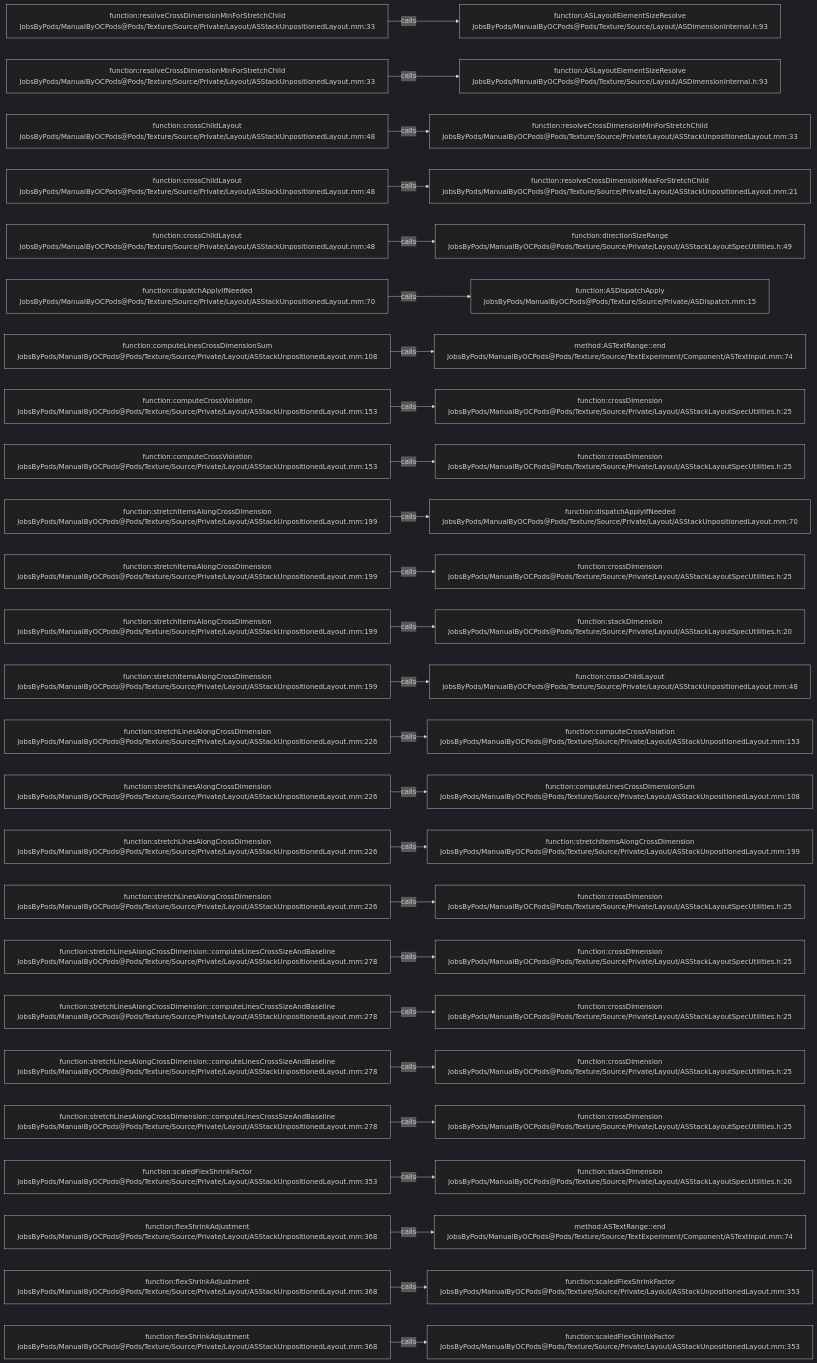
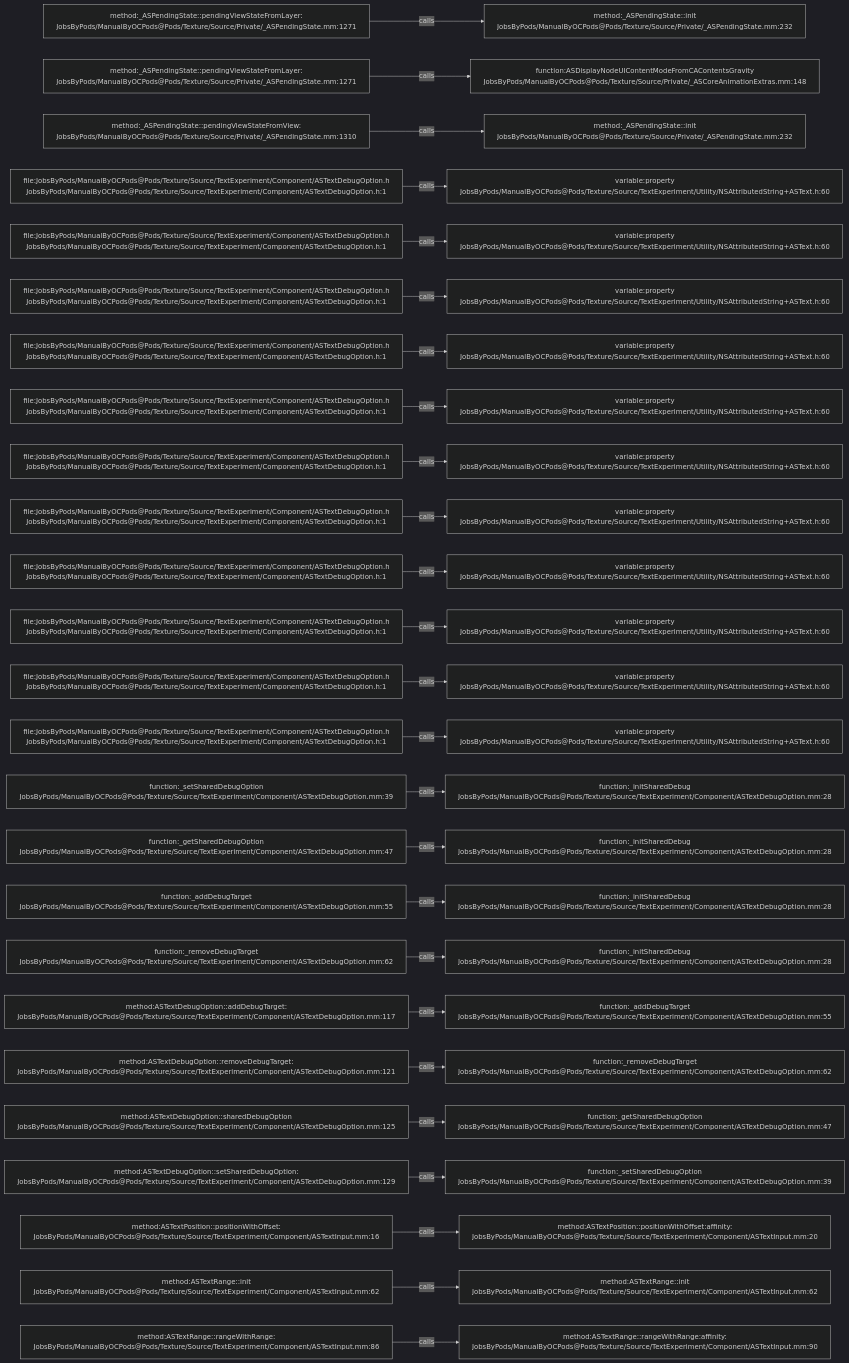
Before and after one commit to JobsKits/JobsOCBaseConfigDemo: the diagram in .codegraph/codegraph.md/graphs/calls-192.md, drawn with Mermaid (dark theme). The commit also changed 1448 other files, not shown here.

````diff
--- a/.codegraph/codegraph.md/graphs/calls-192.md
+++ b/.codegraph/codegraph.md/graphs/calls-192.md
@@ -13,78 +13,78 @@
 ```mermaid
 flowchart LR
-  S1["function:resolveCrossDimensionMinForStretchChild<br/>JobsByPods/ManualByOCPods@Pods/Texture/Source/Private/Layout/ASStackUnpositionedLayout.mm:33"]
-  T1["function:ASLayoutElementSizeResolve<br/>JobsByPods/ManualByOCPods@Pods/Texture/Source/Layout/ASDimensionInternal.h:93"]
+  S1["method:_ASPendingState::pendingViewStateFromLayer:<br/>JobsByPods/ManualByOCPods@Pods/Texture/Source/Private/_ASPendingState.mm:1271"]
+  T1["method:_ASPendingState::init<br/>JobsByPods/ManualByOCPods@Pods/Texture/Source/Private/_ASPendingState.mm:232"]
   S1 -->|calls| T1
-  S2["function:resolveCrossDimensionMinForStretchChild<br/>JobsByPods/ManualByOCPods@Pods/Texture/Source/Private/Layout/ASStackUnpositionedLayout.mm:33"]
-  T2["function:ASLayoutElementSizeResolve<br/>JobsByPods/ManualByOCPods@Pods/Texture/Source/Layout/ASDimensionInternal.h:93"]
+  S2["method:_ASPendingState::pendingViewStateFromLayer:<br/>JobsByPods/ManualByOCPods@Pods/Texture/Source/Private/_ASPendingState.mm:1271"]
+  T2["function:ASDisplayNodeUIContentModeFromCAContentsGravity<br/>JobsByPods/ManualByOCPods@Pods/Texture/Source/Private/_ASCoreAnimationExtras.mm:148"]
   S2 -->|calls| T2
-  S3["function:crossChildLayout<br/>JobsByPods/ManualByOCPods@Pods/Texture/Source/Private/Layout/ASStackUnpositionedLayout.mm:48"]
-  T3["function:resolveCrossDimensionMinForStretchChild<br/>JobsByPods/ManualByOCPods@Pods/Texture/Source/Private/Layout/ASStackUnpositionedLayout.mm:33"]
+  S3["method:_ASPendingState::pendingViewStateFromView:<br/>JobsByPods/ManualByOCPods@Pods/Texture/Source/Private/_ASPendingState.mm:1310"]
+  T3["method:_ASPendingState::init<br/>JobsByPods/ManualByOCPods@Pods/Texture/Source/Private/_ASPendingState.mm:232"]
   S3 -->|calls| T3
-  S4["function:crossChildLayout<br/>JobsByPods/ManualByOCPods@Pods/Texture/Source/Private/Layout/ASStackUnpositionedLayout.mm:48"]
-  T4["function:resolveCrossDimensionMaxForStretchChild<br/>JobsByPods/ManualByOCPods@Pods/Texture/Source/Private/Layout/ASStackUnpositionedLayout.mm:21"]
+  S4["file:JobsByPods/ManualByOCPods@Pods/Texture/Source/TextExperiment/Component/ASTextDebugOption.h<br/>JobsByPods/ManualByOCPods@Pods/Texture/Source/TextExperiment/Component/ASTextDebugOption.h:1"]
+  T4["variable:property<br/>JobsByPods/ManualByOCPods@Pods/Texture/Source/TextExperiment/Utility/NSAttributedString+ASText.h:60"]
   S4 -->|calls| T4
-  S5["function:crossChildLayout<br/>JobsByPods/ManualByOCPods@Pods/Texture/Source/Private/Layout/ASStackUnpositionedLayout.mm:48"]
-  T5["function:directionSizeRange<br/>JobsByPods/ManualByOCPods@Pods/Texture/Source/Private/Layout/ASStackLayoutSpecUtilities.h:49"]
+  S5["file:JobsByPods/ManualByOCPods@Pods/Texture/Source/TextExperiment/Component/ASTextDebugOption.h<br/>JobsByPods/ManualByOCPods@Pods/Texture/Source/TextExperiment/Component/ASTextDebugOption.h:1"]
+  T5["variable:property<br/>JobsByPods/ManualByOCPods@Pods/Texture/Source/TextExperiment/Utility/NSAttributedString+ASText.h:60"]
   S5 -->|calls| T5
-  S6["function:dispatchApplyIfNeeded<br/>JobsByPods/ManualByOCPods@Pods/Texture/Source/Private/Layout/ASStackUnpositionedLayout.mm:70"]
-  T6["function:ASDispatchApply<br/>JobsByPods/ManualByOCPods@Pods/Texture/Source/Private/ASDispatch.mm:15"]
+  S6["file:JobsByPods/ManualByOCPods@Pods/Texture/Source/TextExperiment/Component/ASTextDebugOption.h<br/>JobsByPods/ManualByOCPods@Pods/Texture/Source/TextExperiment/Component/ASTextDebugOption.h:1"]
+  T6["variable:property<br/>JobsByPods/ManualByOCPods@Pods/Texture/Source/TextExperiment/Utility/NSAttributedString+ASText.h:60"]
   S6 -->|calls| T6
-  S7["function:computeLinesCrossDimensionSum<br/>JobsByPods/ManualByOCPods@Pods/Texture/Source/Private/Layout/ASStackUnpositionedLayout.mm:108"]
-  T7["method:ASTextRange::end<br/>JobsByPods/ManualByOCPods@Pods/Texture/Source/TextExperiment/Component/ASTextInput.mm:74"]
+  S7["file:JobsByPods/ManualByOCPods@Pods/Texture/Source/TextExperiment/Component/ASTextDebugOption.h<br/>JobsByPods/ManualByOCPods@Pods/Texture/Source/TextExperiment/Component/ASTextDebugOption.h:1"]
+  T7["variable:property<br/>JobsByPods/ManualByOCPods@Pods/Texture/Source/TextExperiment/Utility/NSAttributedString+ASText.h:60"]
   S7 -->|calls| T7
-  S8["function:computeCrossViolation<br/>JobsByPods/ManualByOCPods@Pods/Texture/Source/Private/Layout/ASStackUnpositionedLayout.mm:153"]
-  T8["function:crossDimension<br/>JobsByPods/ManualByOCPods@Pods/Texture/Source/Private/Layout/ASStackLayoutSpecUtilities.h:25"]
+  S8["file:JobsByPods/ManualByOCPods@Pods/Texture/Source/TextExperiment/Component/ASTextDebugOption.h<br/>JobsByPods/ManualByOCPods@Pods/Texture/Source/TextExperiment/Component/ASTextDebugOption.h:1"]
+  T8["variable:property<br/>JobsByPods/ManualByOCPods@Pods/Texture/Source/TextExperiment/Utility/NSAttributedString+ASText.h:60"]
   S8 -->|calls| T8
-  S9["function:computeCrossViolation<br/>JobsByPods/ManualByOCPods@Pods/Texture/Source/Private/Layout/ASStackUnpositionedLayout.mm:153"]
-  T9["function:crossDimension<br/>JobsByPods/ManualByOCPods@Pods/Texture/Source/Private/Layout/ASStackLayoutSpecUtilities.h:25"]
+  S9["file:JobsByPods/ManualByOCPods@Pods/Texture/Source/TextExperiment/Component/ASTextDebugOption.h<br/>JobsByPods/ManualByOCPods@Pods/Texture/Source/TextExperiment/Component/ASTextDebugOption.h:1"]
+  T9["variable:property<br/>JobsByPods/ManualByOCPods@Pods/Texture/Source/TextExperiment/Utility/NSAttributedString+ASText.h:60"]
   S9 -->|calls| T9
-  S10["function:stretchItemsAlongCrossDimension<br/>JobsByPods/ManualByOCPods@Pods/Texture/Source/Private/Layout/ASStackUnpositionedLayout.mm:199"]
-  T10["function:dispatchApplyIfNeeded<br/>JobsByPods/ManualByOCPods@Pods/Texture/Source/Private/Layout/ASStackUnpositionedLayout.mm:70"]
+  S10["file:JobsByPods/ManualByOCPods@Pods/Texture/Source/TextExperiment/Component/ASTextDebugOption.h<br/>JobsByPods/ManualByOCPods@Pods/Texture/Source/TextExperiment/Component/ASTextDebugOption.h:1"]
+  T10["variable:property<br/>JobsByPods/ManualByOCPods@Pods/Texture/Source/TextExperiment/Utility/NSAttributedString+ASText.h:60"]
   S10 -->|calls| T10
-  S11["function:stretchItemsAlongCrossDimension<br/>JobsByPods/ManualByOCPods@Pods/Texture/Source/Private/Layout/ASStackUnpositionedLayout.mm:199"]
-  T11["function:crossDimension<br/>JobsByPods/ManualByOCPods@Pods/Texture/Source/Private/Layout/ASStackLayoutSpecUtilities.h:25"]
+  S11["file:JobsByPods/ManualByOCPods@Pods/Texture/Source/TextExperiment/Component/ASTextDebugOption.h<br/>JobsByPods/ManualByOCPods@Pods/Texture/Source/TextExperiment/Component/ASTextDebugOption.h:1"]
+  T11["variable:property<br/>JobsByPods/ManualByOCPods@Pods/Texture/Source/TextExperiment/Utility/NSAttributedString+ASText.h:60"]
   S11 -->|calls| T11
-  S12["function:stretchItemsAlongCrossDimension<br/>JobsByPods/ManualByOCPods@Pods/Texture/Source/Private/Layout/ASStackUnpositionedLayout.mm:199"]
-  T12["function:stackDimension<br/>JobsByPods/ManualByOCPods@Pods/Texture/Source/Private/Layout/ASStackLayoutSpecUtilities.h:20"]
+  S12["file:JobsByPods/ManualByOCPods@Pods/Texture/Source/TextExperiment/Component/ASTextDebugOption.h<br/>JobsByPods/ManualByOCPods@Pods/Texture/Source/TextExperiment/Component/ASTextDebugOption.h:1"]
+  T12["variable:property<br/>JobsByPods/ManualByOCPods@Pods/Texture/Source/TextExperiment/Utility/NSAttributedString+ASText.h:60"]
   S12 -->|calls| T12
-  S13["function:stretchItemsAlongCrossDimension<br/>JobsByPods/ManualByOCPods@Pods/Texture/Source/Private/Layout/ASStackUnpositionedLayout.mm:199"]
-  T13["function:crossChildLayout<br/>JobsByPods/ManualByOCPods@Pods/Texture/Source/Private/Layout/ASStackUnpositionedLayout.mm:48"]
+  S13["file:JobsByPods/ManualByOCPods@Pods/Texture/Source/TextExperiment/Component/ASTextDebugOption.h<br/>JobsByPods/ManualByOCPods@Pods/Texture/Source/TextExperiment/Component/ASTextDebugOption.h:1"]
+  T13["variable:property<br/>JobsByPods/ManualByOCPods@Pods/Texture/Source/TextExperiment/Utility/NSAttributedString+ASText.h:60"]
   S13 -->|calls| T13
-  S14["function:stretchLinesAlongCrossDimension<br/>JobsByPods/ManualByOCPods@Pods/Texture/Source/Private/Layout/ASStackUnpositionedLayout.mm:226"]
-  T14["function:computeCrossViolation<br/>JobsByPods/ManualByOCPods@Pods/Texture/Source/Private/Layout/ASStackUnpositionedLayout.mm:153"]
+  S14["file:JobsByPods/ManualByOCPods@Pods/Texture/Source/TextExperiment/Component/ASTextDebugOption.h<br/>JobsByPods/ManualByOCPods@Pods/Texture/Source/TextExperiment/Component/ASTextDebugOption.h:1"]
+  T14["variable:property<br/>JobsByPods/ManualByOCPods@Pods/Texture/Source/TextExperiment/Utility/NSAttributedString+ASText.h:60"]
   S14 -->|calls| T14
-  S15["function:stretchLinesAlongCrossDimension<br/>JobsByPods/ManualByOCPods@Pods/Texture/Source/Private/Layout/ASStackUnpositionedLayout.mm:226"]
-  T15["function:computeLinesCrossDimensionSum<br/>JobsByPods/ManualByOCPods@Pods/Texture/Source/Private/Layout/ASStackUnpositionedLayout.mm:108"]
+  S15["function:_setSharedDebugOption<br/>JobsByPods/ManualByOCPods@Pods/Texture/Source/TextExperiment/Component/ASTextDebugOption.mm:39"]
+  T15["function:_initSharedDebug<br/>JobsByPods/ManualByOCPods@Pods/Texture/Source/TextExperiment/Component/ASTextDebugOption.mm:28"]
   S15 -->|calls| T15
-  S16["function:stretchLinesAlongCrossDimension<br/>JobsByPods/ManualByOCPods@Pods/Texture/Source/Private/Layout/ASStackUnpositionedLayout.mm:226"]
-  T16["function:stretchItemsAlongCrossDimension<br/>JobsByPods/ManualByOCPods@Pods/Texture/Source/Private/Layout/ASStackUnpositionedLayout.mm:199"]
+  S16["function:_getSharedDebugOption<br/>JobsByPods/ManualByOCPods@Pods/Texture/Source/TextExperiment/Component/ASTextDebugOption.mm:47"]
+  T16["function:_initSharedDebug<br/>JobsByPods/ManualByOCPods@Pods/Texture/Source/TextExperiment/Component/ASTextDebugOption.mm:28"]
   S16 -->|calls| T16
-  S17["function:stretchLinesAlongCrossDimension<br/>JobsByPods/ManualByOCPods@Pods/Texture/Source/Private/Layout/ASStackUnpositionedLayout.mm:226"]
-  T17["function:crossDimension<br/>JobsByPods/ManualByOCPods@Pods/Texture/Source/Private/Layout/ASStackLayoutSpecUtilities.h:25"]
+  S17["function:_addDebugTarget<br/>JobsByPods/ManualByOCPods@Pods/Texture/Source/TextExperiment/Component/ASTextDebugOption.mm:55"]
+  T17["function:_initSharedDebug<br/>JobsByPods/ManualByOCPods@Pods/Texture/Source/TextExperiment/Component/ASTextDebugOption.mm:28"]
   S17 -->|calls| T17
-  S18["function:stretchLinesAlongCrossDimension::computeLinesCrossSizeAndBaseline<br/>JobsByPods/ManualByOCPods@Pods/Texture/Source/Private/Layout/ASStackUnpositionedLayout.mm:278"]
-  T18["function:crossDimension<br/>JobsByPods/ManualByOCPods@Pods/Texture/Source/Private/Layout/ASStackLayoutSpecUtilities.h:25"]
+  S18["function:_removeDebugTarget<br/>JobsByPods/ManualByOCPods@Pods/Texture/Source/TextExperiment/Component/ASTextDebugOption.mm:62"]
+  T18["function:_initSharedDebug<br/>JobsByPods/ManualByOCPods@Pods/Texture/Source/TextExperiment/Component/ASTextDebugOption.mm:28"]
   S18 -->|calls| T18
-  S19["function:stretchLinesAlongCrossDimension::computeLinesCrossSizeAndBaseline<br/>JobsByPods/ManualByOCPods@Pods/Texture/Source/Private/Layout/ASStackUnpositionedLayout.mm:278"]
-  T19["function:crossDimension<br/>JobsByPods/ManualByOCPods@Pods/Texture/Source/Private/Layout/ASStackLayoutSpecUtilities.h:25"]
+  S19["method:ASTextDebugOption::addDebugTarget:<br/>JobsByPods/ManualByOCPods@Pods/Texture/Source/TextExperiment/Component/ASTextDebugOption.mm:117"]
+  T19["function:_addDebugTarget<br/>JobsByPods/ManualByOCPods@Pods/Texture/Source/TextExperiment/Component/ASTextDebugOption.mm:55"]
   S19 -->|calls| T19
-  S20["function:stretchLinesAlongCrossDimension::computeLinesCrossSizeAndBaseline<br/>JobsByPods/ManualByOCPods@Pods/Texture/Source/Private/Layout/ASStackUnpositionedLayout.mm:278"]
-  T20["function:crossDimension<br/>JobsByPods/ManualByOCPods@Pods/Texture/Source/Private/Layout/ASStackLayoutSpecUtilities.h:25"]
+  S20["method:ASTextDebugOption::removeDebugTarget:<br/>JobsByPods/ManualByOCPods@Pods/Texture/Source/TextExperiment/Component/ASTextDebugOption.mm:121"]
+  T20["function:_removeDebugTarget<br/>JobsByPods/ManualByOCPods@Pods/Texture/Source/TextExperiment/Component/ASTextDebugOption.mm:62"]
   S20 -->|calls| T20
-  S21["function:stretchLinesAlongCrossDimension::computeLinesCrossSizeAndBaseline<br/>JobsByPods/ManualByOCPods@Pods/Texture/Source/Private/Layout/ASStackUnpositionedLayout.mm:278"]
-  T21["function:crossDimension<br/>JobsByPods/ManualByOCPods@Pods/Texture/Source/Private/Layout/ASStackLayoutSpecUtilities.h:25"]
+  S21["method:ASTextDebugOption::sharedDebugOption<br/>JobsByPods/ManualByOCPods@Pods/Texture/Source/TextExperiment/Component/ASTextDebugOption.mm:125"]
+  T21["function:_getSharedDebugOption<br/>JobsByPods/ManualByOCPods@Pods/Texture/Source/TextExperiment/Component/ASTextDebugOption.mm:47"]
   S21 -->|calls| T21
-  S22["function:scaledFlexShrinkFactor<br/>JobsByPods/ManualByOCPods@Pods/Texture/Source/Private/Layout/ASStackUnpositionedLayout.mm:353"]
-  T22["function:stackDimension<br/>JobsByPods/ManualByOCPods@Pods/Texture/Source/Private/Layout/ASStackLayoutSpecUtilities.h:20"]
+  S22["method:ASTextDebugOption::setSharedDebugOption:<br/>JobsByPods/ManualByOCPods@Pods/Texture/Source/TextExperiment/Component/ASTextDebugOption.mm:129"]
+  T22["function:_setSharedDebugOption<br/>JobsByPods/ManualByOCPods@Pods/Texture/Source/TextExperiment/Component/ASTextDebugOption.mm:39"]
   S22 -->|calls| T22
-  S23["function:flexShrinkAdjustment<br/>JobsByPods/ManualByOCPods@Pods/Texture/Source/Private/Layout/ASStackUnpositionedLayout.mm:368"]
-  T23["method:ASTextRange::end<br/>JobsByPods/ManualByOCPods@Pods/Texture/Source/TextExperiment/Component/ASTextInput.mm:74"]
+  S23["method:ASTextPosition::positionWithOffset:<br/>JobsByPods/ManualByOCPods@Pods/Texture/Source/TextExperiment/Component/ASTextInput.mm:16"]
+  T23["method:ASTextPosition::positionWithOffset:affinity:<br/>JobsByPods/ManualByOCPods@Pods/Texture/Source/TextExperiment/Component/ASTextInput.mm:20"]
   S23 -->|calls| T23
-  S24["function:flexShrinkAdjustment<br/>JobsByPods/ManualByOCPods@Pods/Texture/Source/Private/Layout/ASStackUnpositionedLayout.mm:368"]
-  T24["function:scaledFlexShrinkFactor<br/>JobsByPods/ManualByOCPods@Pods/Texture/Source/Private/Layout/ASStackUnpositionedLayout.mm:353"]
+  S24["method:ASTextRange::init<br/>JobsByPods/ManualByOCPods@Pods/Texture/Source/TextExperiment/Component/ASTextInput.mm:62"]
+  T24["method:ASTextRange::init<br/>JobsByPods/ManualByOCPods@Pods/Texture/Source/TextExperiment/Component/ASTextInput.mm:62"]
   S24 -->|calls| T24
-  S25["function:flexShrinkAdjustment<br/>JobsByPods/ManualByOCPods@Pods/Texture/Source/Private/Layout/ASStackUnpositionedLayout.mm:368"]
-  T25["function:scaledFlexShrinkFactor<br/>JobsByPods/ManualByOCPods@Pods/Texture/Source/Private/Layout/ASStackUnpositionedLayout.mm:353"]
+  S25["method:ASTextRange::rangeWithRange:<br/>JobsByPods/ManualByOCPods@Pods/Texture/Source/TextExperiment/Component/ASTextInput.mm:86"]
+  T25["method:ASTextRange::rangeWithRange:affinity:<br/>JobsByPods/ManualByOCPods@Pods/Texture/Source/TextExperiment/Component/ASTextInput.mm:90"]
   S25 -->|calls| T25
 ```
````
